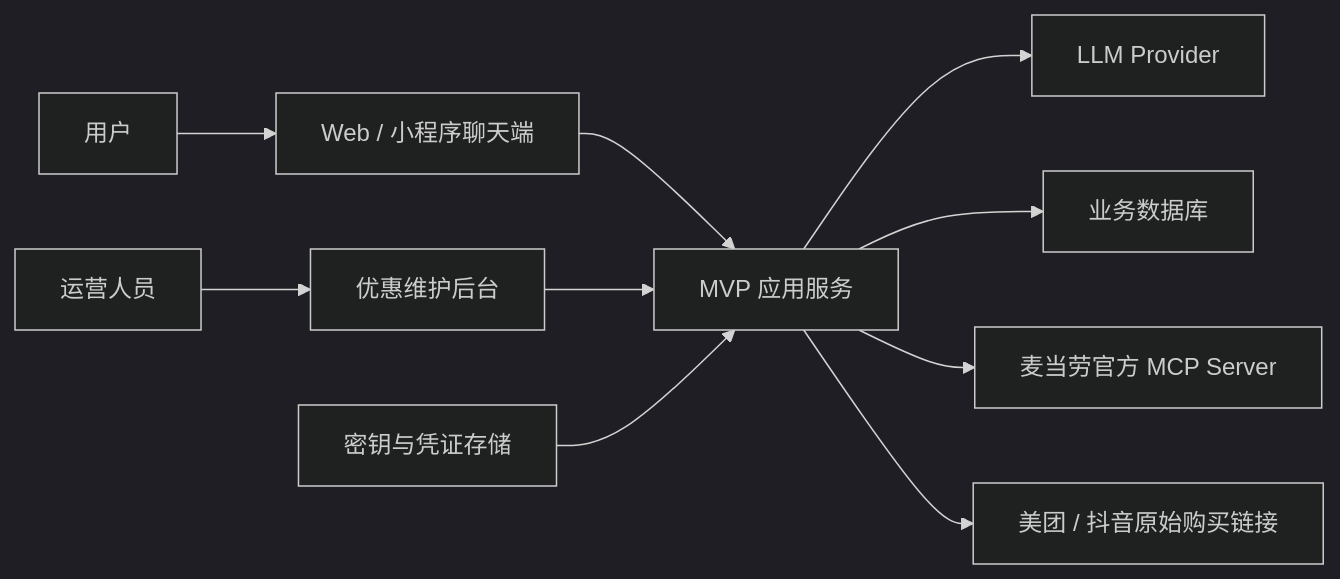
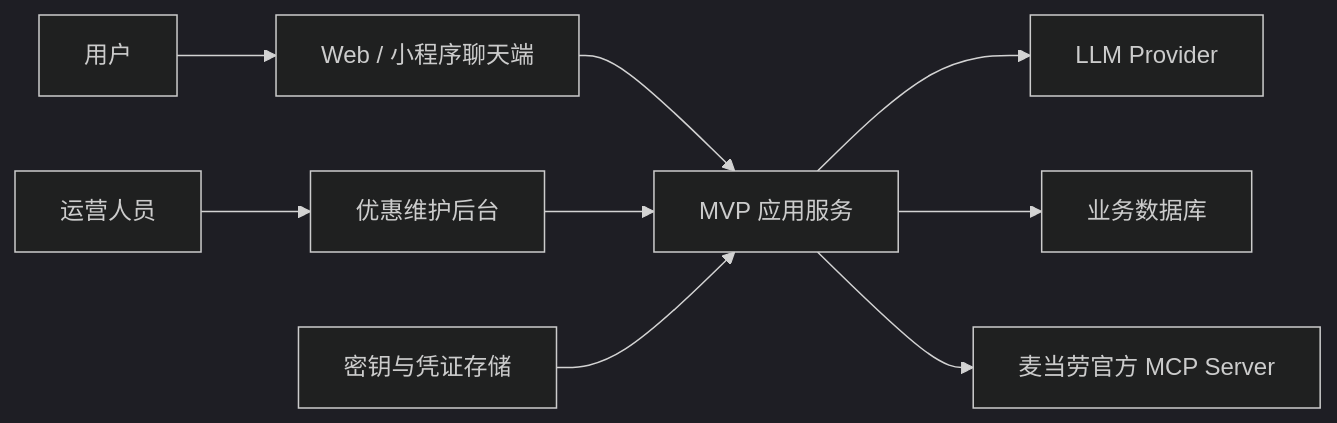
Before and after one commit to Cambrainnnnn/mcdonalds-order-recommender-mcp: the first of 5 diagrams in docs/mvp-architecture-design.md, drawn with Mermaid (dark theme). The commit also changed other lines of this file and 8 other files, not shown here.

````diff
--- a/docs/mvp-architecture-design.md
+++ b/docs/mvp-architecture-design.md
@@ -112,15 +114,14 @@
 ```mermaid
 flowchart LR
     User["用户"] --> Client["Web / 小程序聊天端"]
     Operator["运营人员"] --> Admin["优惠维护后台"]
 
     Client --> App["MVP 应用服务"]
     Admin --> App
 
     App --> LLM["LLM Provider"]
     App --> DB["业务数据库"]
     App --> Mcd["麦当劳官方 MCP Server"]
-    App --> Link["美团 / 抖音原始购买链接"]
 
     Vault["密钥与凭证存储"] --> App
 ```
````
